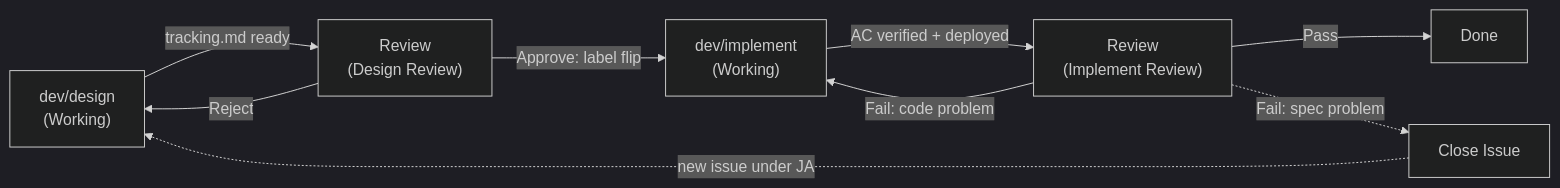
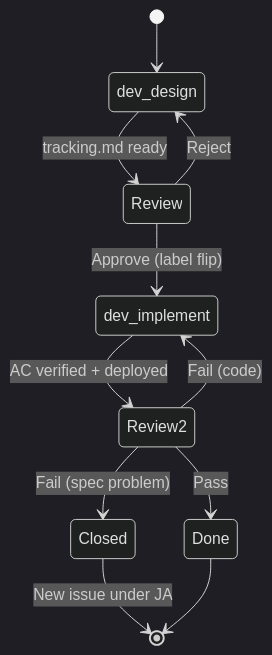
One commit to MariusWilsch/public-wilsch-ai-pages changed the third of 3 diagrams in global/issue-lifecycle-router.md. Above: the diagram before and after it, drawn with Mermaid (dark theme). The commit also changed other lines of this file, not shown here.

````diff
--- a/global/issue-lifecycle-router.md
+++ b/global/issue-lifecycle-router.md
@@ -148,11 +186,13 @@
 ```mermaid
-graph LR
-    A["dev/design<br/>(Working)"] -->|"tracking.md ready"| B["Review<br/>(Design Review)"]
-    B -->|"Reject"| A
-    B -->|"Approve: label flip"| C["dev/implement<br/>(Working)"]
-    C -->|"AC verified + deployed"| D["Review<br/>(Implement Review)"]
-    D -->|"Pass"| E["Done"]
-    D -.->|"Fail: spec problem"| F["Close Issue"]
-    D -->|"Fail: code problem"| C
-    F -.->|"new issue under JA"| A
+stateDiagram-v2
+    [*] --> dev_design
+    dev_design --> Review : tracking.md ready
+    Review --> dev_design : Reject
+    Review --> dev_implement : Approve (label flip)
+    dev_implement --> Review2 : AC verified + deployed
+    Review2 --> Done : Pass
+    Review2 --> dev_implement : Fail (code)
+    Review2 --> Closed : Fail (spec problem)
+    Closed --> [*] : New issue under JA
+    Done --> [*]
 ```
````
